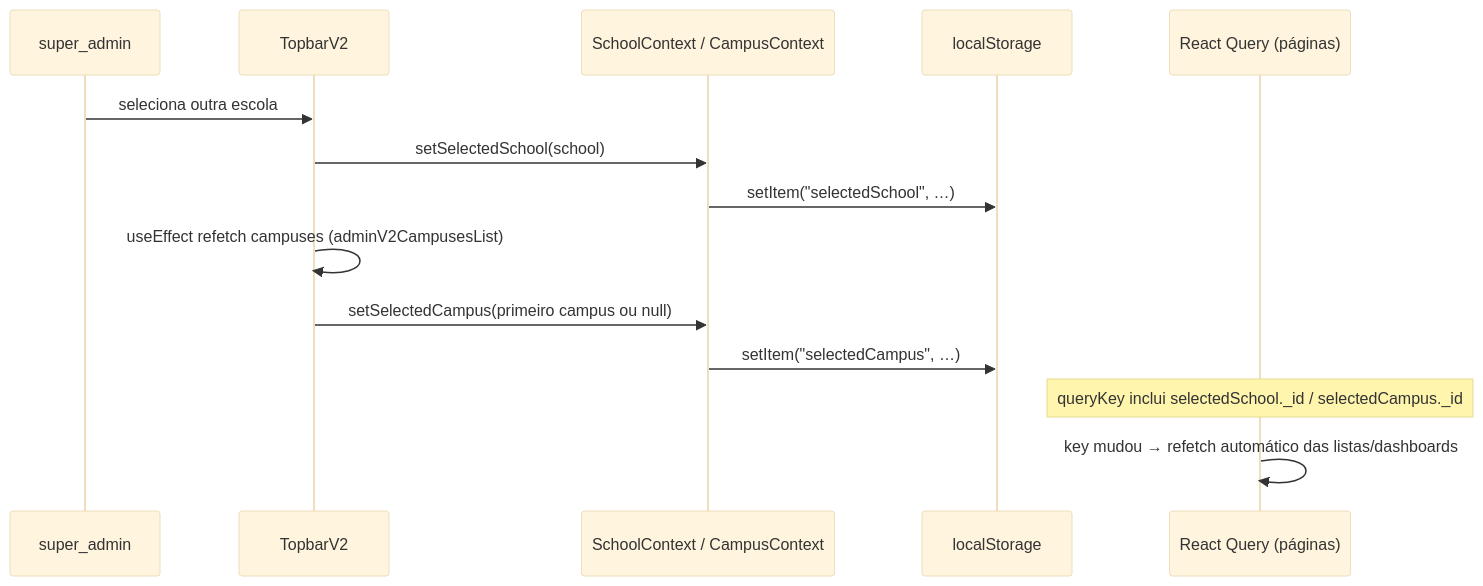
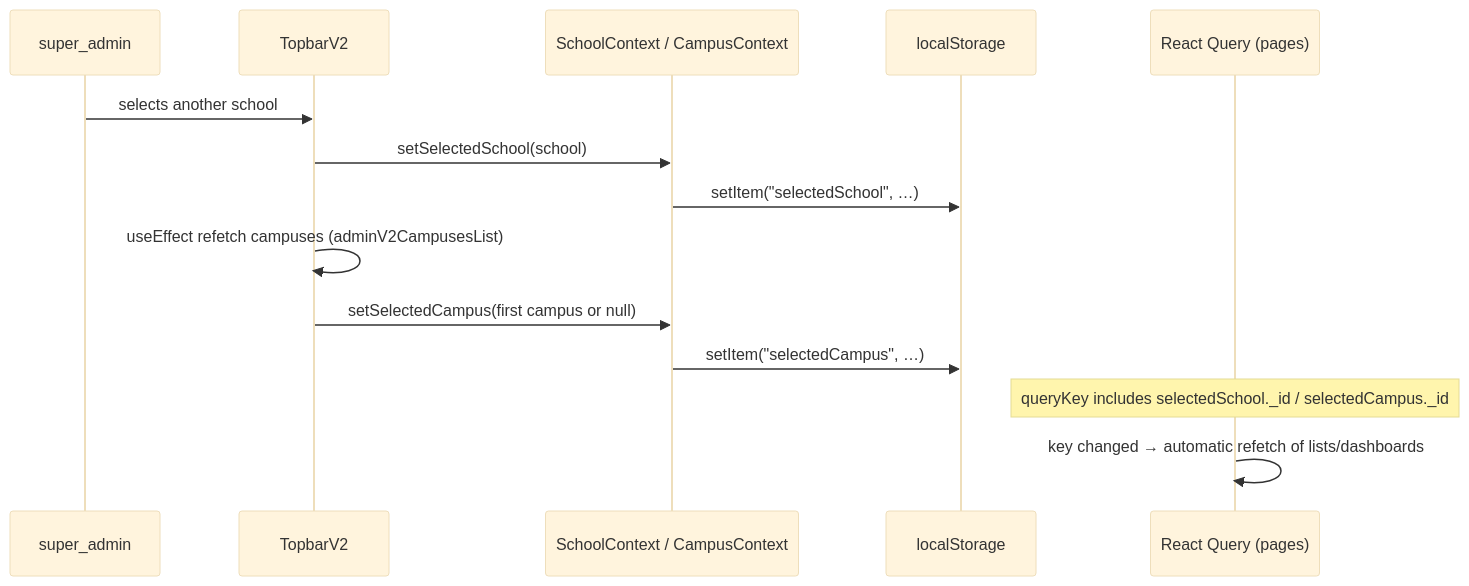
Before and after one commit to Walky-App/walky-admin: the sixth of 15 diagrams in docs/workflows.md, drawn with Mermaid (base theme). The commit also changed other lines of this file and 12 other files, not shown here.

````diff
--- a/docs/workflows.md
+++ b/docs/workflows.md
@@ -306,17 +307,17 @@
 ```mermaid
 sequenceDiagram
     participant U as super_admin
     participant T as TopbarV2
     participant SC as SchoolContext / CampusContext
     participant LS as localStorage
-    participant Q as React Query (páginas)
+    participant Q as React Query (pages)
 
-    U->>T: seleciona outra escola
+    U->>T: selects another school
     T->>SC: setSelectedSchool(school)
     SC->>LS: setItem("selectedSchool", …)
     T->>T: useEffect refetch campuses (adminV2CampusesList)
-    T->>SC: setSelectedCampus(primeiro campus ou null)
+    T->>SC: setSelectedCampus(first campus or null)
     SC->>LS: setItem("selectedCampus", …)
-    Note over Q: queryKey inclui selectedSchool._id / selectedCampus._id
-    Q->>Q: key mudou → refetch automático das listas/dashboards
+    Note over Q: queryKey includes selectedSchool._id / selectedCampus._id
+    Q->>Q: key changed → automatic refetch of lists/dashboards
 ```
````
